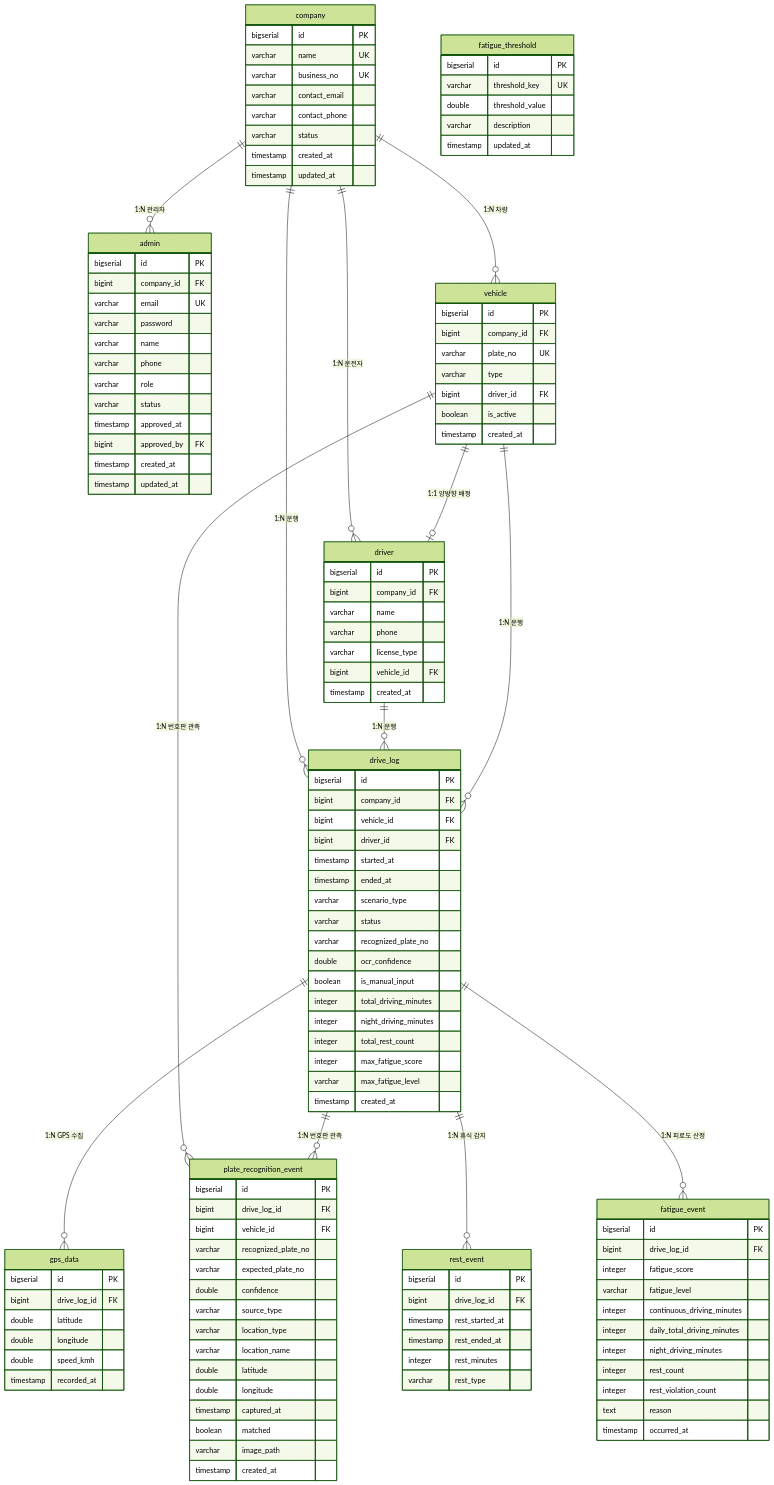
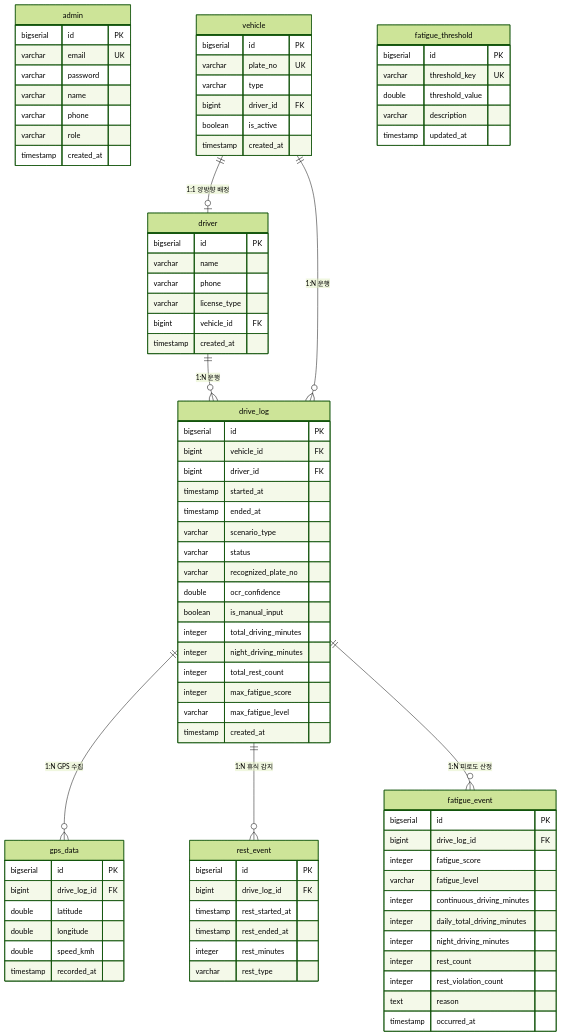
One commit to hwandroid921/logmile changed the diagram in logmile_deliverable/logmile_DB설계서.md. Above: the diagram before and after it, drawn with Mermaid (forest theme). The commit also changed other lines of this file and 8 other files, not shown here.

Commit message:
[2026.05.12 hwan] docs: YOLO11n 모델명 통일, 구조도 v5.0 갱신, 커밋 지침 추가, AI gitignore 보완

````diff
--- a/logmile_deliverable/logmile_DB설계서.md
+++ b/logmile_deliverable/logmile_DB설계서.md
@@ -35,34 +33,17 @@
 ```mermaid
 erDiagram
-    company {
-        bigserial id PK
-        varchar   name         UK
-        varchar   business_no  UK
-        varchar   contact_email
-        varchar   contact_phone
-        varchar   status
-        timestamp created_at
-        timestamp updated_at
-    }
-
     admin {
         bigserial id PK
-        bigint    company_id  FK
-        varchar   email       UK
-        varchar   password
-        varchar   name
-        varchar   phone
-        varchar   role
-        varchar   status
-        timestamp approved_at
-        bigint    approved_by FK
-        timestamp created_at
-        timestamp updated_at
+        varchar    email       UK
+        varchar    password
+        varchar    name
+        varchar    phone
+        varchar    role
+        timestamp  created_at
     }
 
     vehicle {
         bigserial id PK
-        bigint    company_id  FK
         varchar   plate_no    UK
         varchar   type
         bigint    driver_id   FK
@@ -72,7 +53,6 @@
 
     driver {
         bigserial id PK
-        bigint    company_id  FK
         varchar   name
         varchar   phone
         varchar   license_type
@@ -82,7 +62,6 @@
 
     drive_log {
         bigserial id PK
-        bigint    company_id          FK
         bigint    vehicle_id          FK
         bigint    driver_id           FK
         timestamp started_at
@@ -107,24 +86,6 @@
         double    longitude
         double    speed_kmh
         timestamp recorded_at
-    }
-
-    plate_recognition_event {
-        bigserial id PK
-        bigint    drive_log_id FK
-        bigint    vehicle_id FK
-        varchar   recognized_plate_no
-        varchar   expected_plate_no
-        double    confidence
-        varchar   source_type
-        varchar   location_type
-        varchar   location_name
-        double    latitude
-        double    longitude
-        timestamp captured_at
-        boolean   matched
-        varchar   image_path
-        timestamp created_at
     }
 
     rest_event {
@@ -158,16 +119,10 @@
         timestamp updated_at
     }
 
-    company    ||--o{ admin        : "1:N 관리자"
-    company    ||--o{ vehicle      : "1:N 차량"
-    company    ||--o{ driver       : "1:N 운전자"
-    company    ||--o{ drive_log    : "1:N 운행"
-    vehicle    ||--o|  driver      : "1:1 양방향 배정"
-    driver     ||--o{  drive_log   : "1:N 운행"
-    vehicle    ||--o{  drive_log   : "1:N 운행"
-    vehicle    ||--o{  plate_recognition_event : "1:N 번호판 관측"
-    drive_log  ||--o{  gps_data    : "1:N GPS 수집"
-    drive_log  ||--o{  plate_recognition_event : "1:N 번호판 관측"
-    drive_log  ||--o{  rest_event  : "1:N 휴식 감지"
-    drive_log  ||--o{  fatigue_event : "1:N 피로도 산정"
+    vehicle     ||--o|  driver        : "1:1 양방향 배정"
+    driver      ||--o{  drive_log     : "1:N 운행"
+    vehicle     ||--o{  drive_log     : "1:N 운행"
+    drive_log   ||--o{  gps_data      : "1:N GPS 수집"
+    drive_log   ||--o{  rest_event    : "1:N 휴식 감지"
+    drive_log   ||--o{  fatigue_event : "1:N 피로도 산정"
 ```
````
